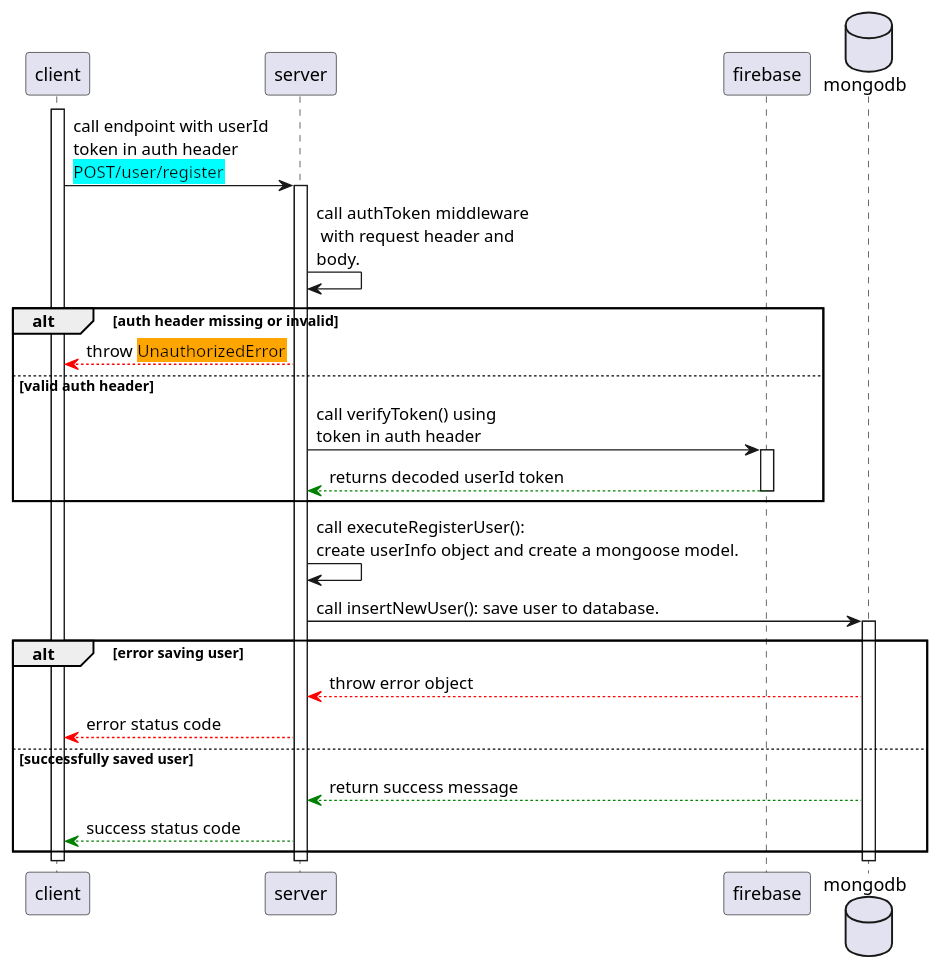
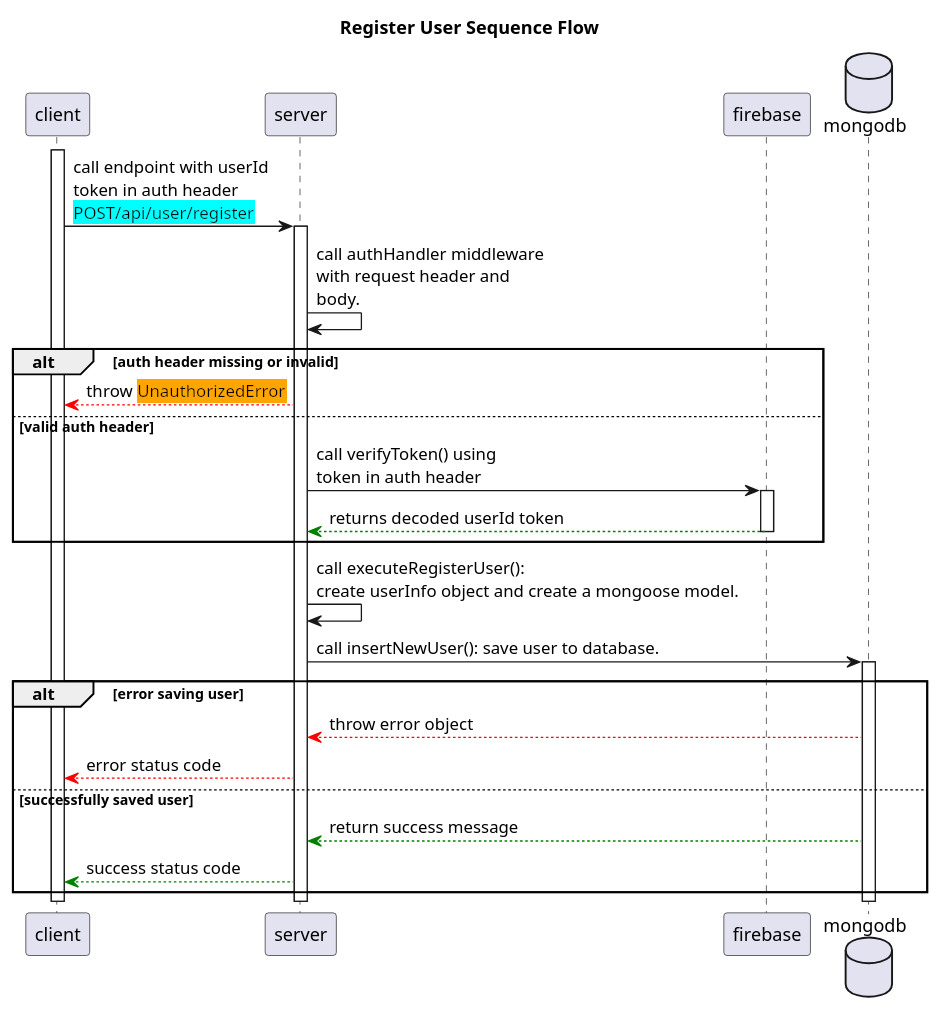
One commit to hulodev/hulo-backend changed the diagram in diagrams/user/register_user.puml. Above: the diagram before and after it, drawn with PlantUML. The commit also changed 1 other file, not shown here.

Commit message:
[Doc-31] create get location sequence

```diff
--- a/diagrams/user/register_user.puml
+++ b/diagrams/user/register_user.puml
@@ -1,35 +1,37 @@
 @startuml
 
 participant client
 participant server
 participant firebase
 database mongodb
 
+title "Register User Sequence Flow"
+
 activate client
-    client -> server : call endpoint with userId\ntoken in auth header\n<back:cyan>POST/user/register
+    client -> server : call endpoint with userId\ntoken in auth header\n<back:cyan>POST/api/user/register
     activate server
-        server -> server: call authToken middleware\n with request header and\nbody.
+        server -> server: call authHandler middleware \nwith request header and\nbody.
         alt auth header missing or invalid
             server -[#red]-> client: throw <back:orange>UnauthorizedError
         else valid auth header
             server -> firebase: call verifyToken() using\ntoken in auth header
             activate firebase
                 firebase -[#green]-> server: returns decoded userId token
             deactivate firebase
         end
 
         server -> server: call executeRegisterUser(): \ncreate userInfo object and create a mongoose model.
         server -> mongodb: call insertNewUser(): save user to database.
         activate mongodb
             alt error saving user
                 mongodb -[#red]-> server: throw error object
                 server -[#red]-> client: error status code
             else successfully saved user
                 mongodb -[#green]-> server: return success message
                 server -[#green]-> client: success status code
             end
         deactivate mongodb
     deactivate server
 deactivate client
 
 @enduml
```
